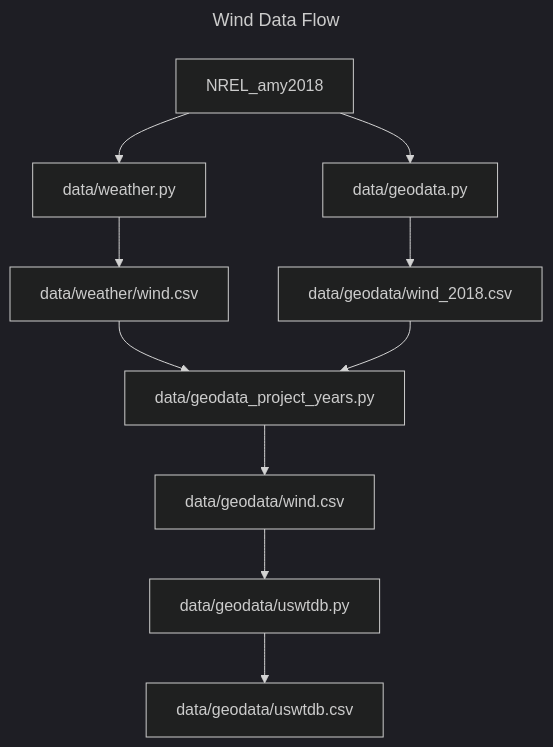
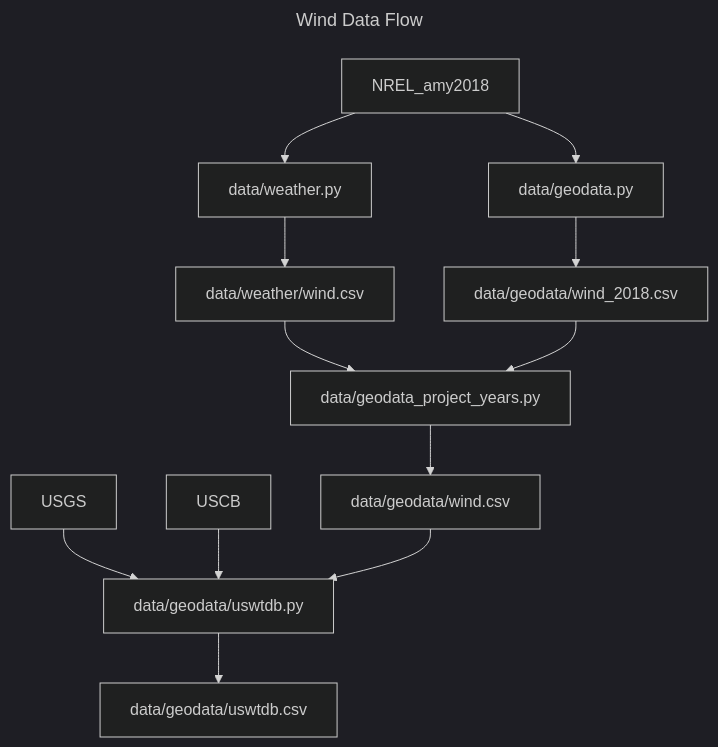
Before and after one commit to slacgismo/regrow: the third of 3 diagrams in data/README.md, drawn with Mermaid (dark theme). The commit also changed other lines of this file, not shown here.

Commit message:
Update README with new data source mappings

````diff
--- a/data/README.md
+++ b/data/README.md
@@ -52,18 +54,20 @@
 ```mermaid
 ---
 title: Wind Data Flow
 ---
 graph TD
 
     NREL_amy2018 --> data/geodata.py
     data/geodata.py --> data/geodata/wind_2018.csv
 
     NREL_amy2018 --> data/weather.py
     data/weather.py --> data/weather/wind.csv
     data/weather/wind.csv --> data/geodata_project_years.py
     
     data/geodata/wind_2018.csv --> data/geodata_project_years.py
     data/geodata_project_years.py --> data/geodata/wind.csv
+	USGS --> data/geodata/uswtdb.py
+	USCB --> data/geodata/uswtdb.py
     data/geodata/wind.csv --> data/geodata/uswtdb.py
 	data/geodata/uswtdb.py --> data/geodata/uswtdb.csv
 ```
````
